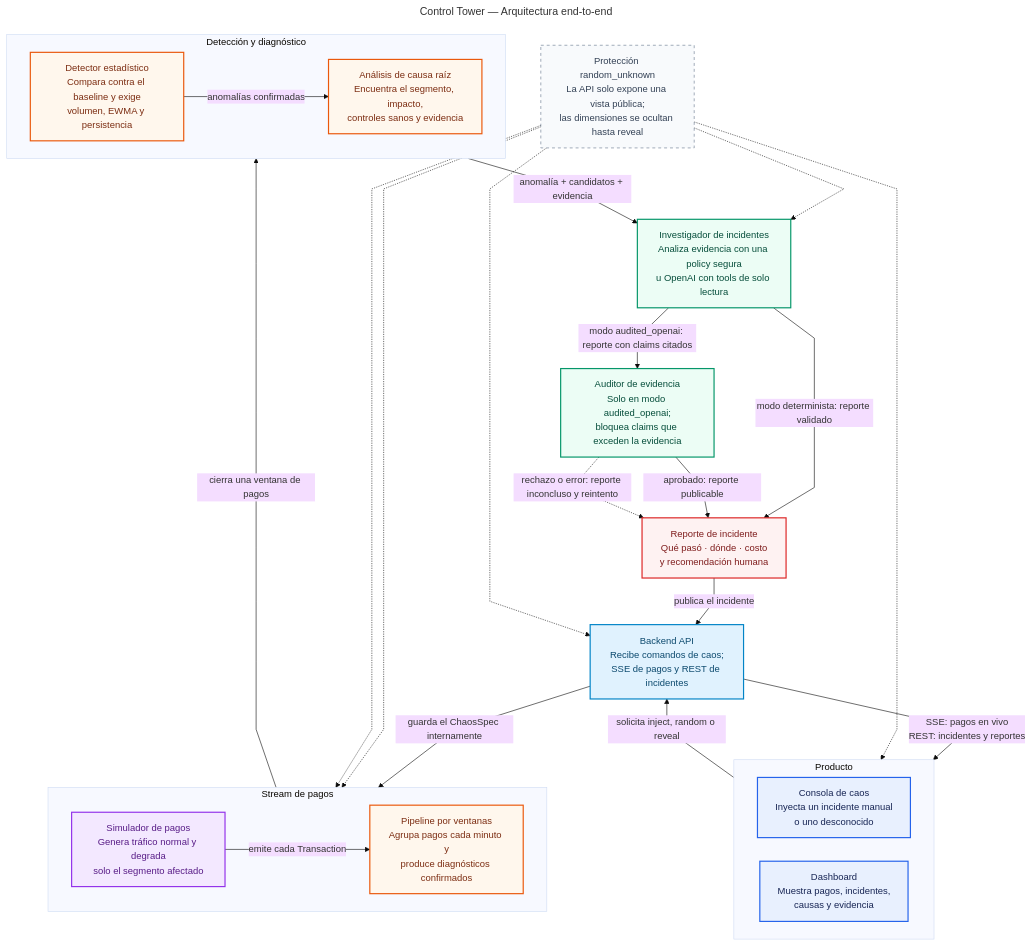
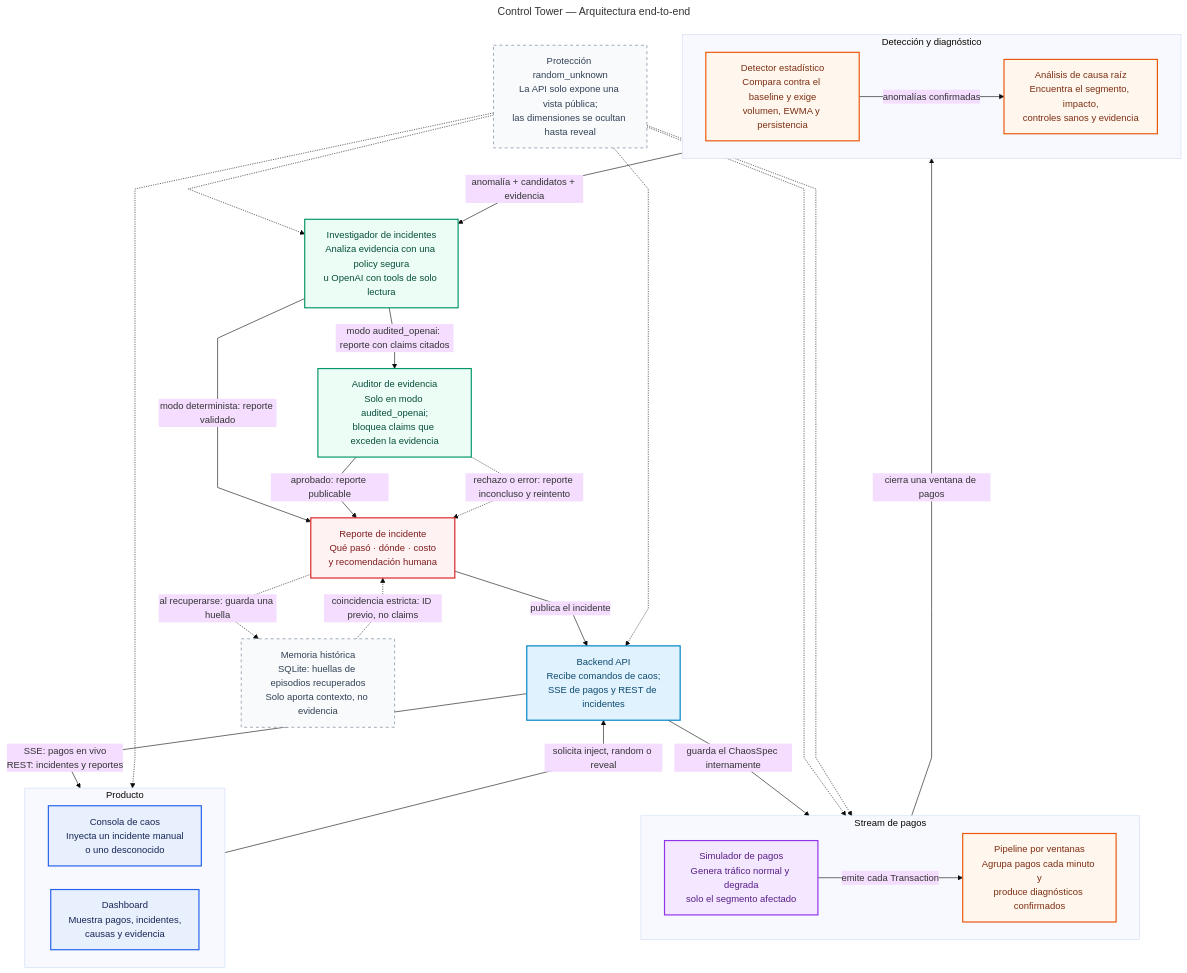
The diagram in docs/ARCHITECTURE.mmd (lcaminoa/NextWave_gillbates), drawn with Mermaid before and after one commit. The commit also changed 9 other files, not shown here.

```diff
--- a/docs/ARCHITECTURE.mmd
+++ b/docs/ARCHITECTURE.mmd
@@ -1,69 +1,73 @@
 ---
 title: Control Tower — Arquitectura end-to-end
 config:
   theme: base
   flowchart:
     curve: linear
     nodeSpacing: 40
     rankSpacing: 55
 ---
 flowchart TB
     subgraph Product["Producto"]
         direction LR
         Chaos["Consola de caos<br/>Inyecta un incidente manual<br/>o uno desconocido"]
         Dashboard["Dashboard<br/>Muestra pagos, incidentes,<br/>causas y evidencia"]
     end
 
     API["Backend API<br/>Recibe comandos de caos;<br/>SSE de pagos y REST de incidentes"]
 
     subgraph Stream["Stream de pagos"]
         direction LR
         Simulator["Simulador de pagos<br/>Genera tráfico normal y degrada<br/>solo el segmento afectado"]
         Pipeline["Pipeline por ventanas<br/>Agrupa pagos cada minuto y<br/>produce diagnósticos confirmados"]
     end
 
     subgraph Diagnosis["Detección y diagnóstico"]
         direction LR
         Detection["Detector estadístico<br/>Compara contra el baseline y exige<br/>volumen, EWMA y persistencia"]
         RCA["Análisis de causa raíz<br/>Encuentra el segmento, impacto,<br/>controles sanos y evidencia"]
     end
 
     Investigator["Investigador de incidentes<br/>Analiza evidencia con una policy segura<br/>u OpenAI con tools de solo lectura"]
     Auditor["Auditor de evidencia<br/>Solo en modo audited_openai;<br/>bloquea claims que exceden la evidencia"]
     Report["Reporte de incidente<br/>Qué pasó · dónde · costo<br/>y recomendación humana"]
+    Memory["Memoria histórica<br/>SQLite: huellas de episodios recuperados<br/>Solo aporta contexto, no evidencia"]
 
     Chaos -->|"solicita inject, random o reveal"| API
     API -->|"guarda el ChaosSpec internamente"| Simulator
     Simulator -->|"emite cada Transaction"| Pipeline
     Pipeline -->|"cierra una ventana de pagos"| Detection
     Detection -->|"anomalías confirmadas"| RCA
     RCA -->|"anomalía + candidatos + evidencia"| Investigator
     Investigator -->|"modo determinista: reporte validado"| Report
     Investigator -->|"modo audited_openai: reporte con claims citados"| Auditor
     Auditor -->|"aprobado: reporte publicable"| Report
     Auditor -.->|"rechazo o error: reporte inconcluso y reintento"| Report
+    Report -.->|"al recuperarse: guarda una huella"| Memory
+    Memory -.->|"coincidencia estricta: ID previo, no claims"| Report
     Report -->|"publica el incidente"| API
     API -->|"SSE: pagos en vivo<br/>REST: incidentes y reportes"| Dashboard
 
     Secret["Protección random_unknown<br/>La API solo expone una vista pública;<br/>las dimensiones se ocultan hasta reveal"]
     Secret -.-> Chaos
     Secret -.-> API
     Secret -.-> Simulator
     Secret -.-> Pipeline
     Secret -.-> Investigator
 
     classDef product fill:#E8F0FE,stroke:#2563EB,color:#172554,stroke-width:2px;
     classDef backend fill:#E0F2FE,stroke:#0284C7,color:#0C4A6E,stroke-width:2px;
     classDef simulation fill:#F3E8FF,stroke:#9333EA,color:#581C87,stroke-width:2px;
     classDef detection fill:#FFF7ED,stroke:#EA580C,color:#7C2D12,stroke-width:2px;
     classDef investigator fill:#ECFDF5,stroke:#059669,color:#064E3B,stroke-width:2px;
     classDef report fill:#FEF2F2,stroke:#DC2626,color:#7F1D1D,stroke-width:2px;
     classDef note fill:#F8FAFC,stroke:#64748B,color:#334155,stroke-dasharray: 5 5;
 
     class Chaos,Dashboard product;
     class API backend;
     class Simulator simulation;
     class Pipeline,Detection,RCA detection;
     class Investigator,Auditor investigator;
+    class Memory note;
     class Report report;
     class Secret note;
```
